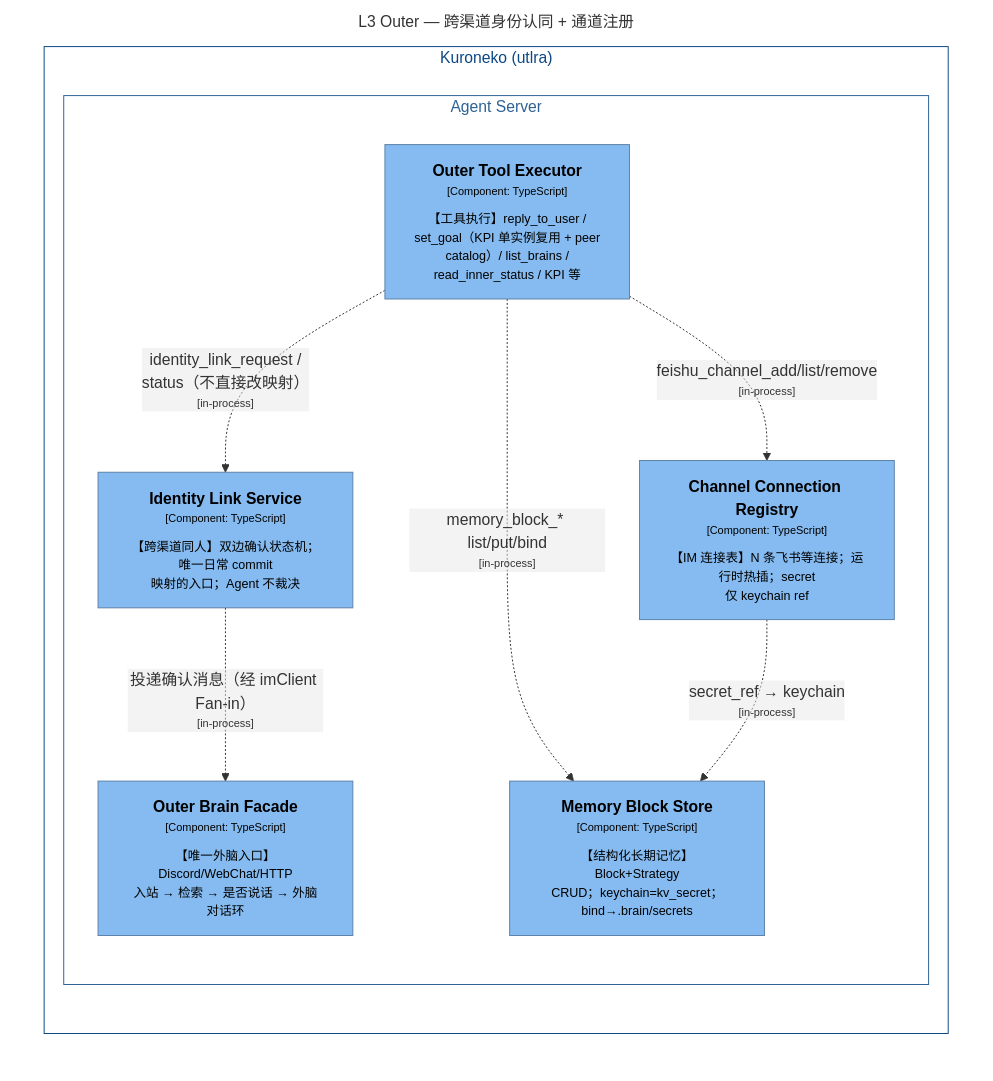
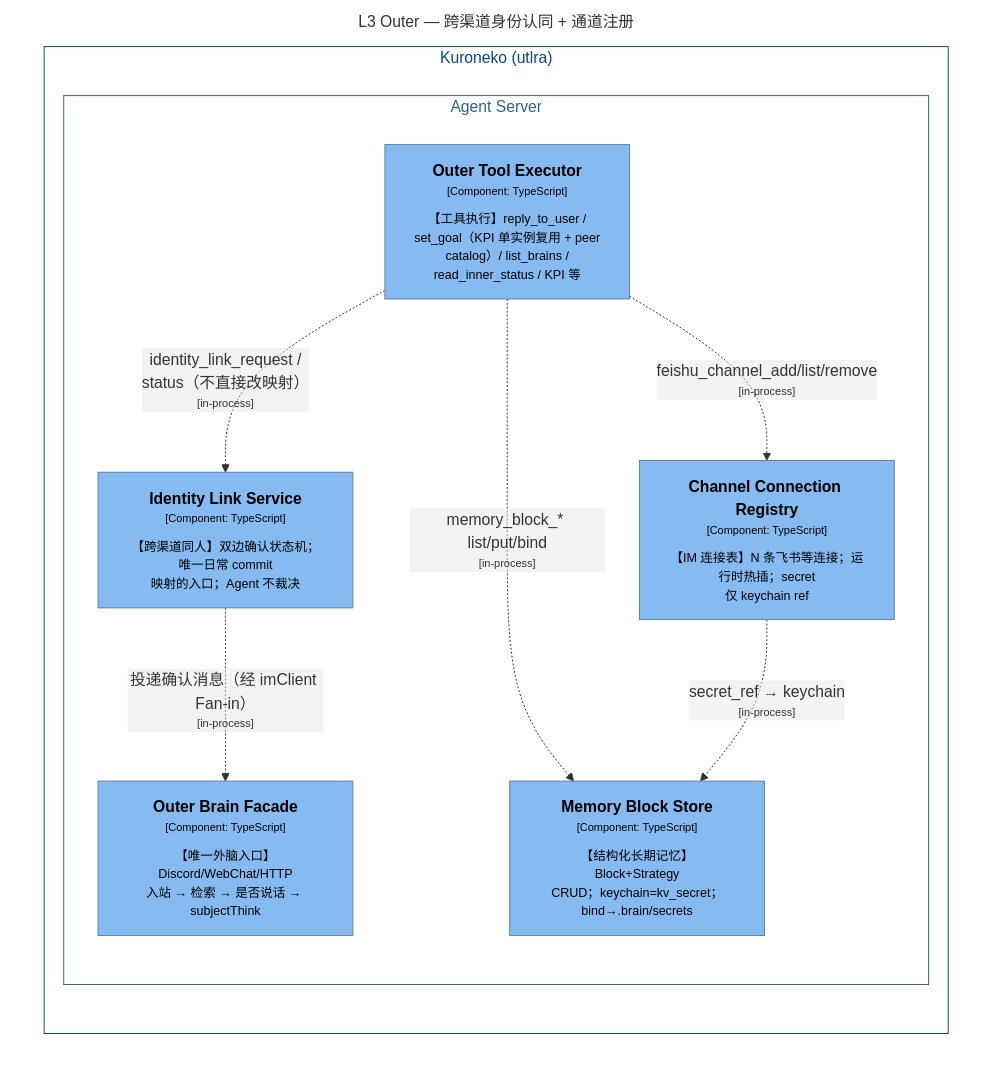
One commit to shinjiyu/amadues changed the diagram in doc/structurizr/structurizr-07c-L3-Outer-Identity-Link.mmd. Above: the diagram before and after it, drawn with Mermaid. The commit also changed 22 other files, not shown here.

```diff
--- a/doc/structurizr/structurizr-07c-L3-Outer-Identity-Link.mmd
+++ b/doc/structurizr/structurizr-07c-L3-Outer-Identity-Link.mmd
@@ -1,33 +1,33 @@
 graph LR
   linkStyle default fill:#ffffff
 
   subgraph diagram ["L3 Outer — 跨渠道身份认同 + 通道注册"]
     style diagram fill:#ffffff,stroke:#ffffff
 
     subgraph 11 ["Kuroneko (utlra)"]
       style 11 fill:#ffffff,stroke:#0b4884,color:#0b4884
 
       subgraph 15 ["Agent Server"]
         style 15 fill:#ffffff,stroke:#2e6295,color:#2e6295
 
-        18["<div style='font-weight: bold'>Outer Brain Facade</div><div style='font-size: 70%; margin-top: 0px'>[Component: TypeScript]</div><div style='font-size: 80%; margin-top:10px'>【唯一外脑入口】Discord/WebChat/HTTP<br />入站 → 检索 → 是否说话 → 外脑对话环</div>"]
+        18["<div style='font-weight: bold'>Outer Brain Facade</div><div style='font-size: 70%; margin-top: 0px'>[Component: TypeScript]</div><div style='font-size: 80%; margin-top:10px'>【唯一外脑入口】Discord/WebChat/HTTP<br />入站 → 检索 → 是否说话 → subjectThink</div>"]
         style 18 fill:#85bbf0,stroke:#5d82a8,color:#000000
         22["<div style='font-weight: bold'>Memory Block Store</div><div style='font-size: 70%; margin-top: 0px'>[Component: TypeScript]</div><div style='font-size: 80%; margin-top:10px'>【结构化长期记忆】Block+Strategy<br />CRUD；keychain=kv_secret；bind→.brain/secrets</div>"]
         style 22 fill:#85bbf0,stroke:#5d82a8,color:#000000
         25["<div style='font-weight: bold'>Outer Tool Executor</div><div style='font-size: 70%; margin-top: 0px'>[Component: TypeScript]</div><div style='font-size: 80%; margin-top:10px'>【工具执行】reply_to_user /<br />set_goal（KPI 单实例复用 + peer<br />catalog）/ list_brains /<br />read_inner_status / KPI 等</div>"]
         style 25 fill:#85bbf0,stroke:#5d82a8,color:#000000
         73["<div style='font-weight: bold'>Identity Link Service</div><div style='font-size: 70%; margin-top: 0px'>[Component: TypeScript]</div><div style='font-size: 80%; margin-top:10px'>【跨渠道同人】双边确认状态机；唯一日常 commit<br />映射的入口；Agent 不裁决</div>"]
         style 73 fill:#85bbf0,stroke:#5d82a8,color:#000000
         74["<div style='font-weight: bold'>Channel Connection Registry</div><div style='font-size: 70%; margin-top: 0px'>[Component: TypeScript]</div><div style='font-size: 80%; margin-top:10px'>【IM 连接表】N 条飞书等连接；运行时热插；secret<br />仅 keychain ref</div>"]
         style 74 fill:#85bbf0,stroke:#5d82a8,color:#000000
       end
 
     end
 
     25-. "<div>memory_block_* list/put/bind</div><div style='font-size: 70%'>[in-process]</div>" .->22
     25-. "<div>identity_link_request /<br />status（不直接改映射）</div><div style='font-size: 70%'>[in-process]</div>" .->73
     25-. "<div>feishu_channel_add/list/remove</div><div style='font-size: 70%'>[in-process]</div>" .->74
     73-. "<div>投递确认消息（经 imClient Fan-in）</div><div style='font-size: 70%'>[in-process]</div>" .->18
     74-. "<div>secret_ref → keychain</div><div style='font-size: 70%'>[in-process]</div>" .->22
 
   end
```
